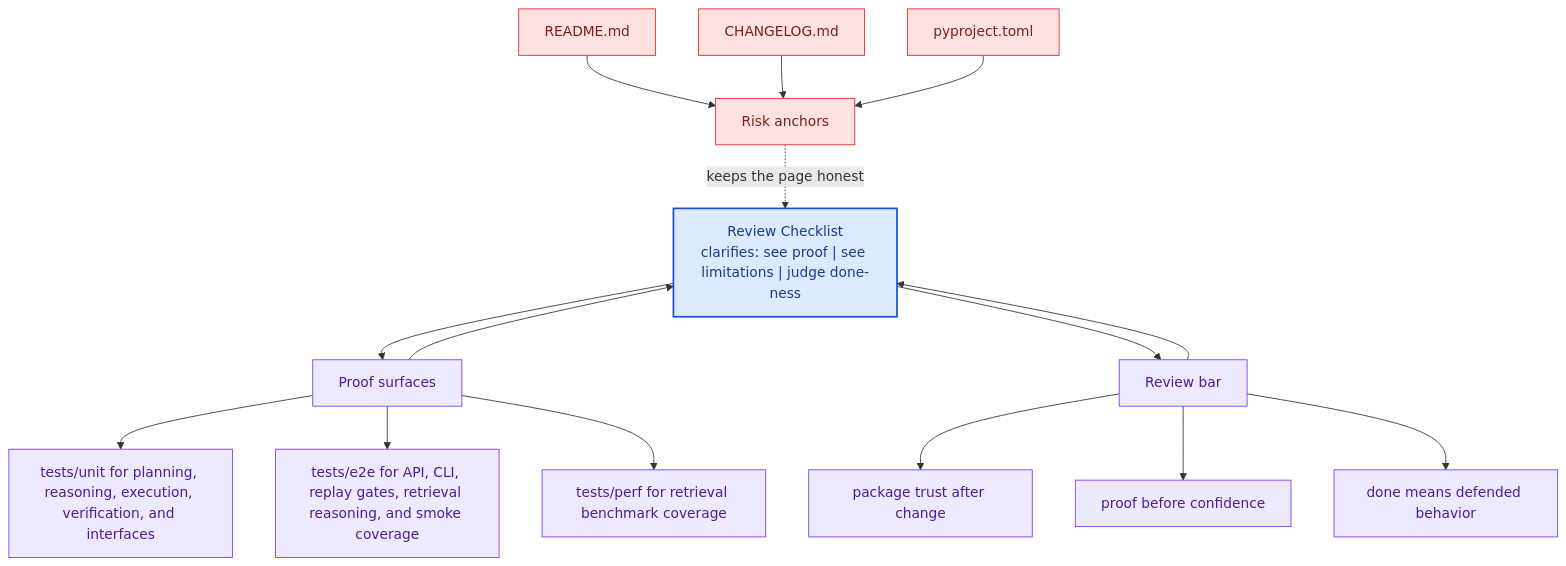
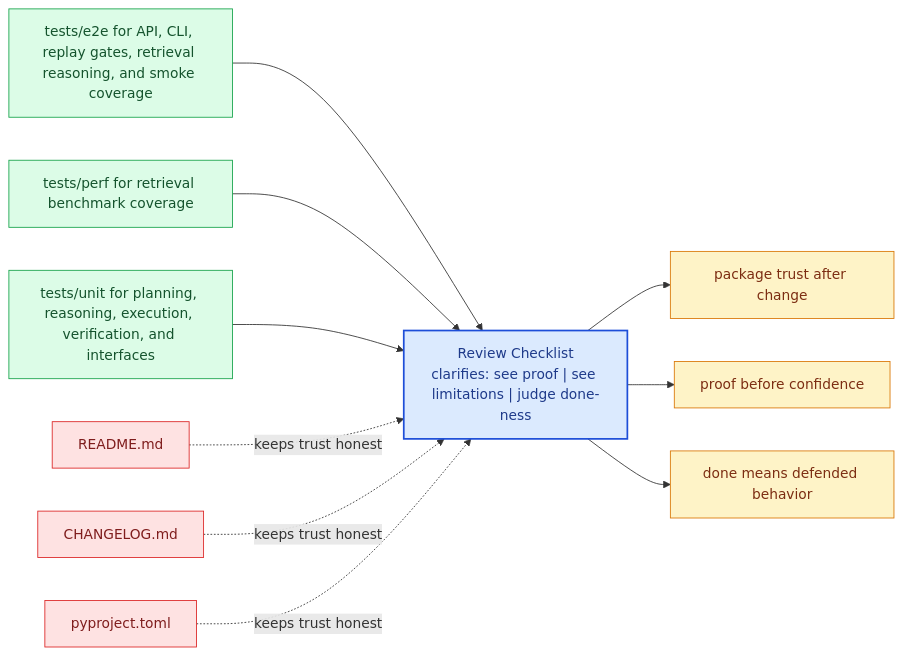
Before and after one commit to bijux/bijux-canon: the diagram in docs/bijux-canon-reason/quality/review-checklist.md, drawn with Mermaid. The commit also changed other lines of this file and 281 other files, not shown here.

Commit message:
docs(diagrams): replace repeated mermaid scaffolds with page-specific summaries

````diff
--- a/docs/bijux-canon-reason/quality/review-checklist.md
+++ b/docs/bijux-canon-reason/quality/review-checklist.md
@@ -67,41 +22,31 @@
 ```mermaid
-flowchart TB
-    promise["Review Checklist<br/>clarifies: see proof | see limitations | judge done-ness"]
-    classDef promise fill:#dbeafe,stroke:#1d4ed8,color:#1e3a8a,stroke-width:2px;
-    classDef driver fill:#dcfce7,stroke:#16a34a,color:#14532d;
-    classDef constraint fill:#fee2e2,stroke:#dc2626,color:#7f1d1d;
-    classDef ground fill:#ede9fe,stroke:#7c3aed,color:#4c1d95;
-    focus1["Proof surfaces"]
-    focus1 --> promise
-    promise --> focus1
-    focus1_1["tests/unit for planning, reasoning, execution, verification, and interfaces"]
-    focus1 --> focus1_1
-    focus1_2["tests/e2e for API, CLI, replay gates, retrieval reasoning, and smoke coverage"]
-    focus1 --> focus1_2
-    focus1_3["tests/perf for retrieval benchmark coverage"]
-    focus1 --> focus1_3
-    class focus1 ground;
-    class focus1_1,focus1_2,focus1_3 ground;
-    focus2["Risk anchors"]
-    focus2 -.keeps the page honest.-> promise
-    focus2_1["README.md"]
-    focus2_1 --> focus2
-    focus2_2["CHANGELOG.md"]
-    focus2_2 --> focus2
-    focus2_3["pyproject.toml"]
-    focus2_3 --> focus2
-    class focus2 constraint;
-    class focus2_1,focus2_2,focus2_3 constraint;
-    focus3["Review bar"]
-    focus3 --> promise
-    promise --> focus3
-    focus3_1["package trust after change"]
-    focus3 --> focus3_1
-    focus3_2["proof before confidence"]
-    focus3 --> focus3_2
-    focus3_3["done means defended behavior"]
-    focus3 --> focus3_3
-    class focus3 ground;
-    class focus3_1,focus3_2,focus3_3 ground;
-    class promise promise;
+flowchart LR
+    page["Review Checklist<br/>clarifies: see proof | see limitations | judge done-ness"]
+    classDef page fill:#dbeafe,stroke:#1d4ed8,color:#1e3a8a,stroke-width:2px;
+    classDef positive fill:#dcfce7,stroke:#16a34a,color:#14532d;
+    classDef caution fill:#fee2e2,stroke:#dc2626,color:#7f1d1d;
+    classDef anchor fill:#ede9fe,stroke:#7c3aed,color:#4c1d95;
+    classDef action fill:#fef3c7,stroke:#d97706,color:#7c2d12;
+    proof1["tests/e2e for API, CLI, replay gates, retrieval reasoning, and smoke coverage"]
+    proof1 --> page
+    proof2["tests/perf for retrieval benchmark coverage"]
+    proof2 --> page
+    proof3["tests/unit for planning, reasoning, execution, verification, and interfaces"]
+    proof3 --> page
+    risk1["README.md"]
+    risk1 -.keeps trust honest.-> page
+    risk2["CHANGELOG.md"]
+    risk2 -.keeps trust honest.-> page
+    risk3["pyproject.toml"]
+    risk3 -.keeps trust honest.-> page
+    bar1["package trust after change"]
+    page --> bar1
+    bar2["proof before confidence"]
+    page --> bar2
+    bar3["done means defended behavior"]
+    page --> bar3
+    class page page;
+    class proof1,proof2,proof3 positive;
+    class risk1,risk2,risk3 caution;
+    class bar1,bar2,bar3 action;
 ```
````
